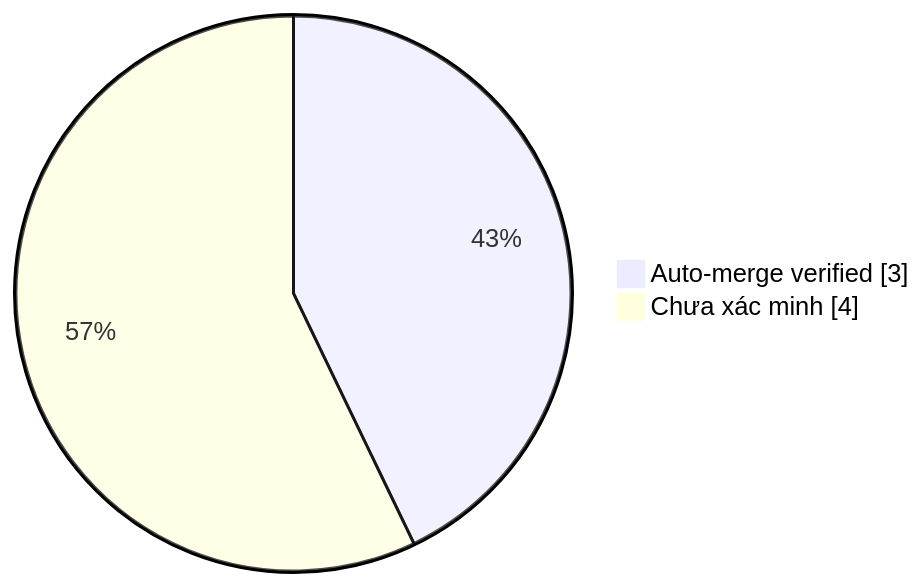
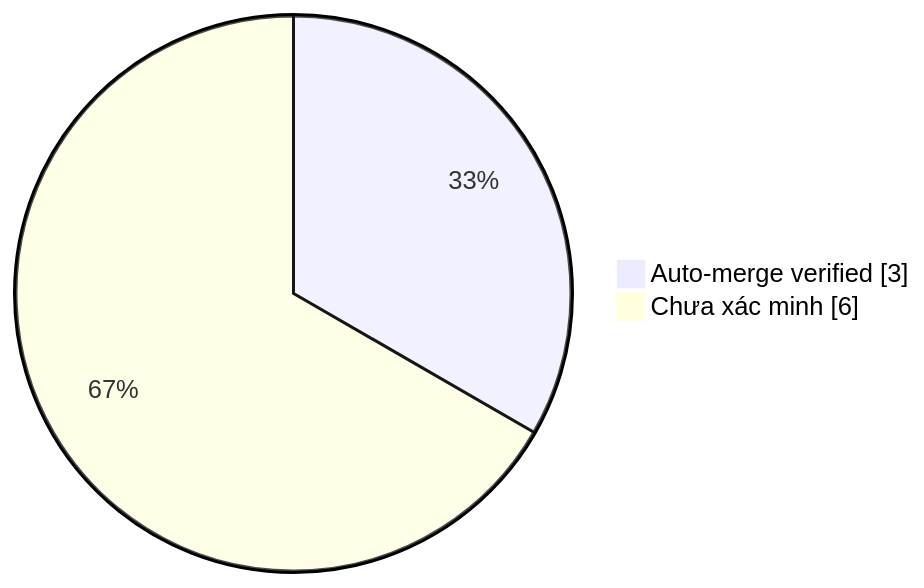
Before and after one commit to duykhang68/reddit-editor: the diagram in collector.md, drawn with Mermaid. The commit also changed other lines of this file, not shown here.

````diff
--- a/collector.md
+++ b/collector.md
@@ -22,5 +22,5 @@
 ```mermaid
 pie showData
     "Auto-merge verified" : 3
-    "Chưa xác minh" : 4
+    "Chưa xác minh" : 6
 ```
````
